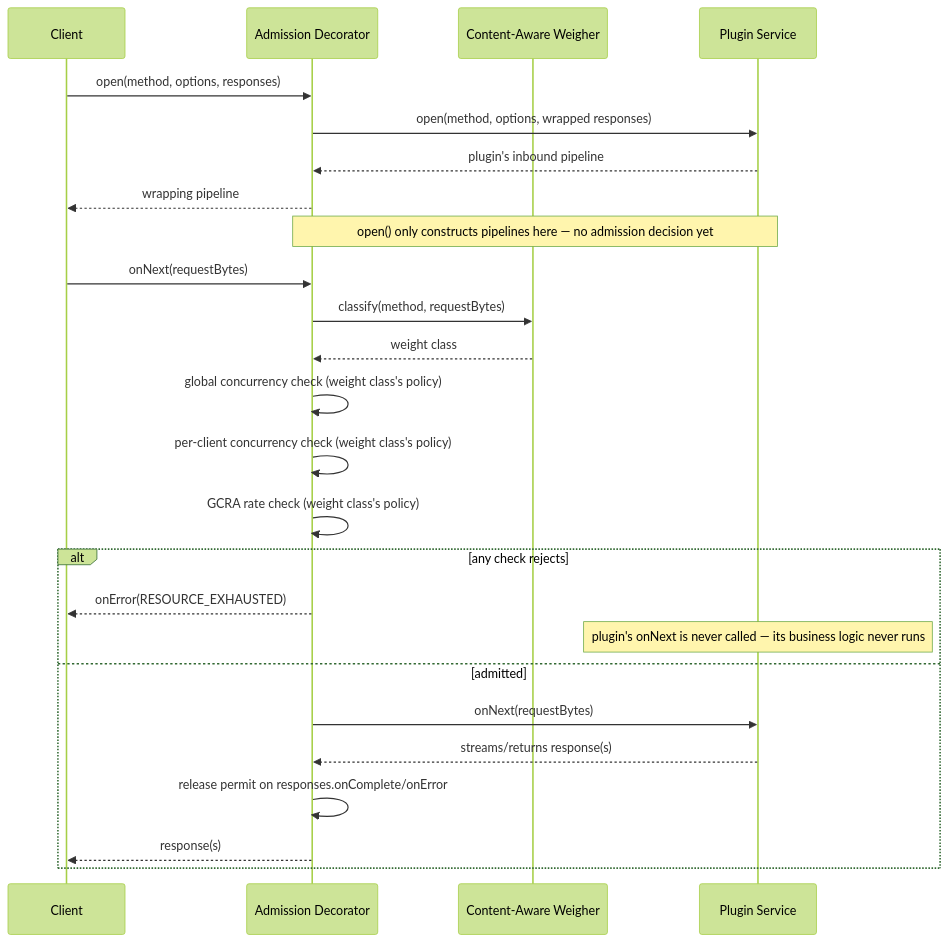
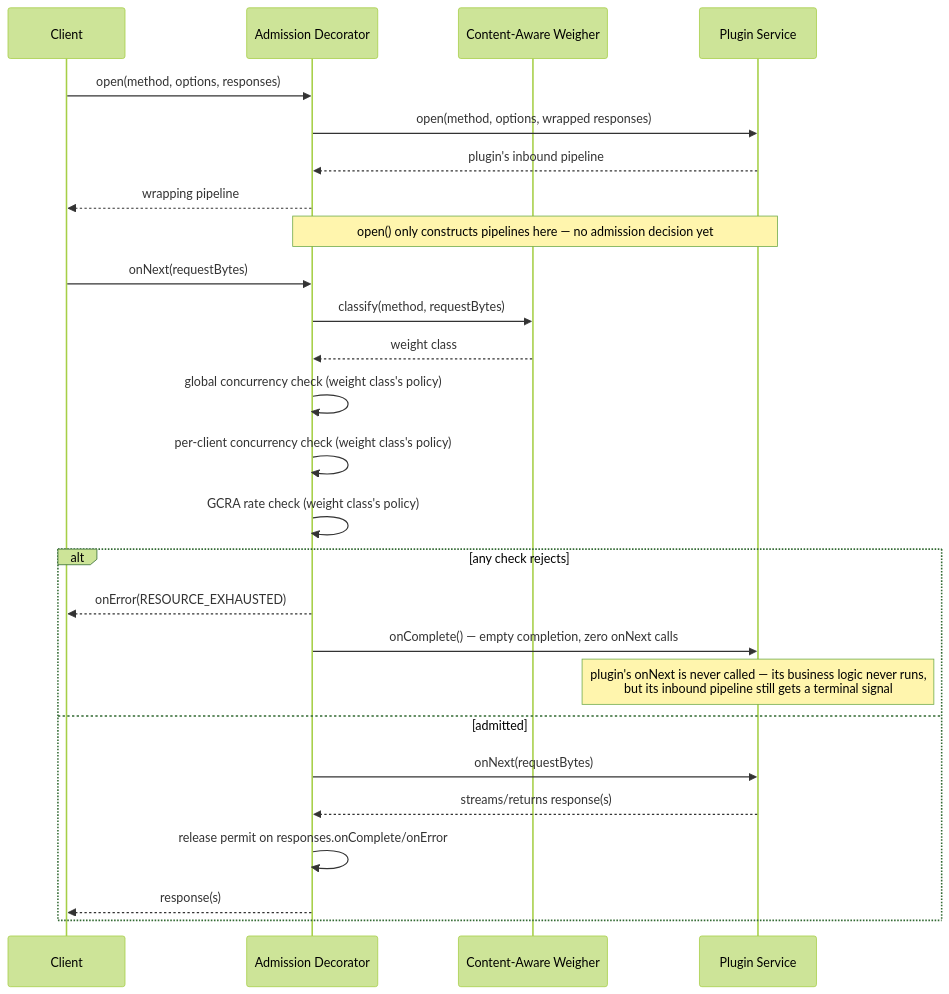
The second of 3 diagrams in docs/design/apis/api-throttling.md (hiero-ledger/hiero-block-node), drawn with Mermaid (forest theme) before and after one commit. The commit also changed other lines of this file, not shown here.

````diff
--- a/docs/design/apis/api-throttling.md
+++ b/docs/design/apis/api-throttling.md
@@ -413,29 +442,30 @@
 ```mermaid
 sequenceDiagram
     participant C as Client
     participant D as Admission Decorator
     participant W as Content-Aware Weigher
     participant P as Plugin Service
 
     C->>D: open(method, options, responses)
     D->>P: open(method, options, wrapped responses)
     P-->>D: plugin's inbound pipeline
     D-->>C: wrapping pipeline
     Note over D,P: open() only constructs pipelines here — no admission decision yet
 
     C->>D: onNext(requestBytes)
     D->>W: classify(method, requestBytes)
     W-->>D: weight class
     D->>D: global concurrency check (weight class's policy)
     D->>D: per-client concurrency check (weight class's policy)
     D->>D: GCRA rate check (weight class's policy)
     alt any check rejects
         D-->>C: onError(RESOURCE_EXHAUSTED)
-        Note over P: plugin's onNext is never called — its business logic never runs
+        D->>P: onComplete() — empty completion, zero onNext calls
+        Note over P: plugin's onNext is never called — its business logic never runs,<br/>but its inbound pipeline still gets a terminal signal
     else admitted
         D->>P: onNext(requestBytes)
         P-->>D: streams/returns response(s)
         D->>D: release permit on responses.onComplete/onError
         D-->>C: response(s)
     end
 ```
````
